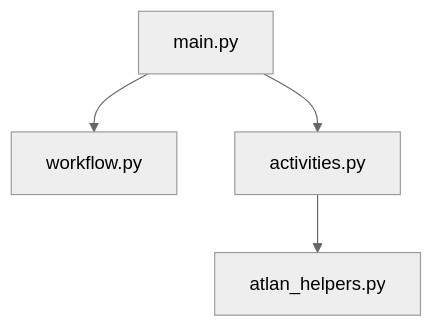
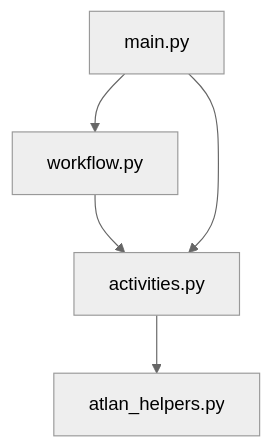
The diagram in workflows_observability/README.md (atlanhq/atlan-sample-apps), drawn with Mermaid (neutral theme) before and after one commit.

Commit message:
update graph

````diff
--- a/workflows_observability/README.md
+++ b/workflows_observability/README.md
@@ -37,6 +37,7 @@
 ```mermaid
 graph TD
     A[main.py] --> B[workflow.py]
-    A --> C[activities.py]
+    B --> C[activities.py]
     C --> D[atlan_helpers.py]
+    A --> C
 ```
````
